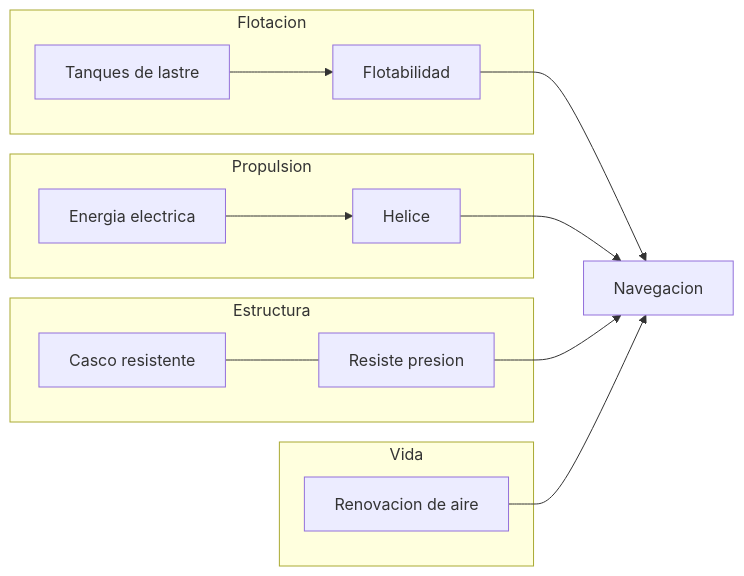
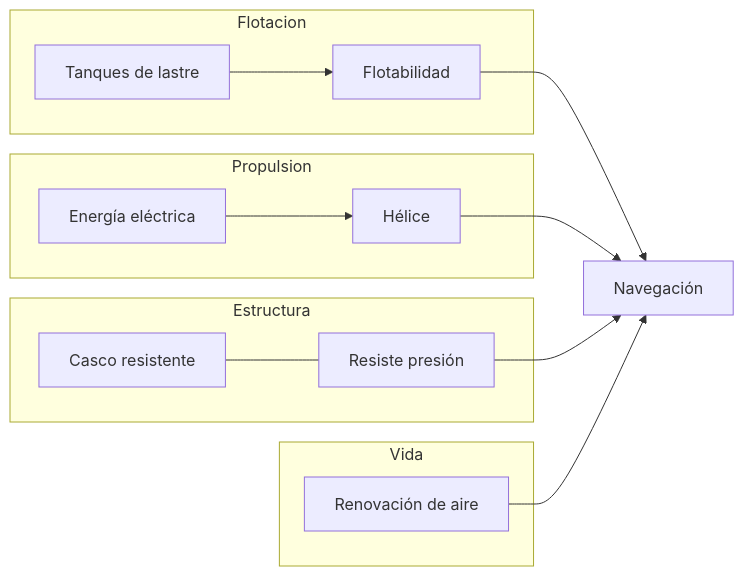
Before and after one commit to vladimiracunadev-create/machine-operator-program: the first of 2 diagrams in vehiculos-fantasticos/nautilus/operacion/sistemas-mecanicos-nautilus.md, drawn with Mermaid. The commit also changed other lines of this file and 442 other files, not shown here.

````diff
--- a/vehiculos-fantasticos/nautilus/operacion/sistemas-mecanicos-nautilus.md
+++ b/vehiculos-fantasticos/nautilus/operacion/sistemas-mecanicos-nautilus.md
@@ -13,19 +13,19 @@
 ```mermaid
 flowchart LR
     subgraph Flotacion
         L[Tanques de lastre] --> B[Flotabilidad]
     end
     subgraph Estructura
-        C[Casco resistente] --- P[Resiste presion]
+        C[Casco resistente] --- P[Resiste presión]
     end
     subgraph Propulsion
-        E[Energia electrica] --> H[Helice]
+        E[Energía eléctrica] --> H[Hélice]
     end
     subgraph Vida
-        A[Renovacion de aire]
+        A[Renovación de aire]
     end
-    B --> Navega[Navegacion]
+    B --> Navega[Navegación]
     H --> Navega
     P --> Navega
     A --> Navega
 ```
````
